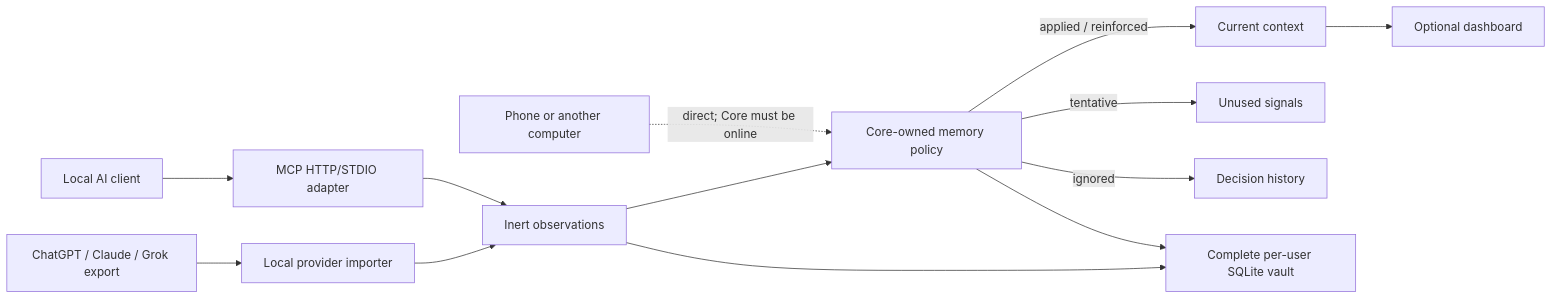
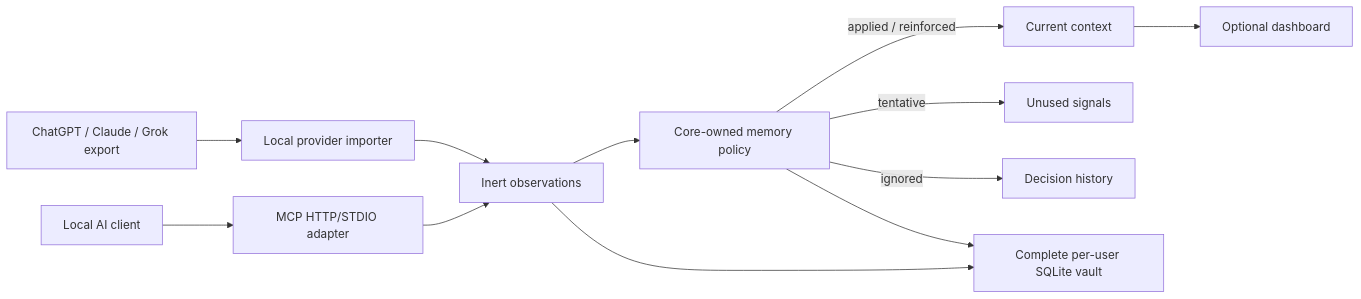
The diagram in docs/architecture/ARCHITECTURE.md (Martian-ux/All-The-Context), drawn with Mermaid before and after one commit. The commit also changed other lines of this file and 23 other files, not shown here.

````diff
--- a/docs/architecture/ARCHITECTURE.md
+++ b/docs/architecture/ARCHITECTURE.md
@@ -23,15 +24,14 @@
 ```mermaid
 flowchart LR
   Providers["ChatGPT / Claude / Grok export"] --> Import["Local provider importer"]
   Import --> Observations["Inert observations"]
   LocalAI["Local AI client"] --> Adapter["MCP HTTP/STDIO adapter"]
   Adapter --> Observations
   Observations --> Policy["Core-owned memory policy"]
   Policy -->|"applied / reinforced"| Current["Current context"]
   Policy -->|"tentative"| Tentative["Unused signals"]
   Policy -->|"ignored"| History["Decision history"]
   Observations --> DB["Complete per-user SQLite vault"]
   Policy --> DB
   Current --> UI["Optional dashboard"]
-  Mobile["Phone or another computer"] -. "direct; Core must be online" .-> Policy
 ```
````
